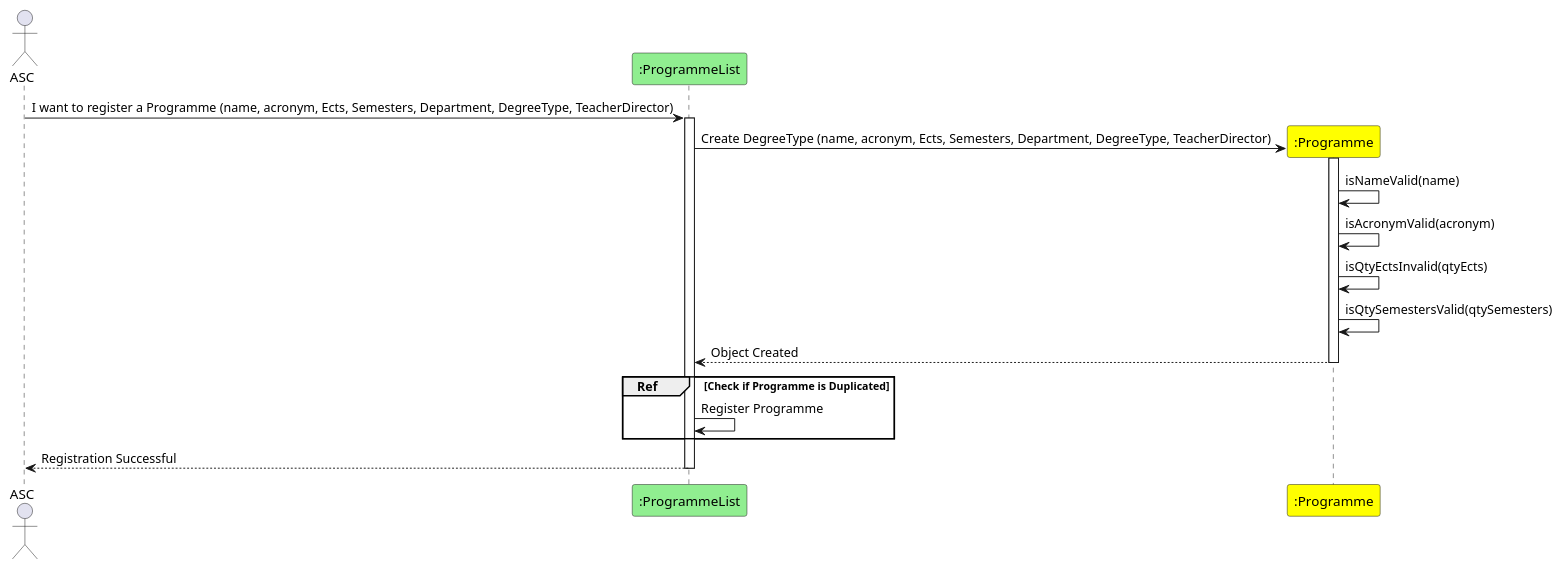
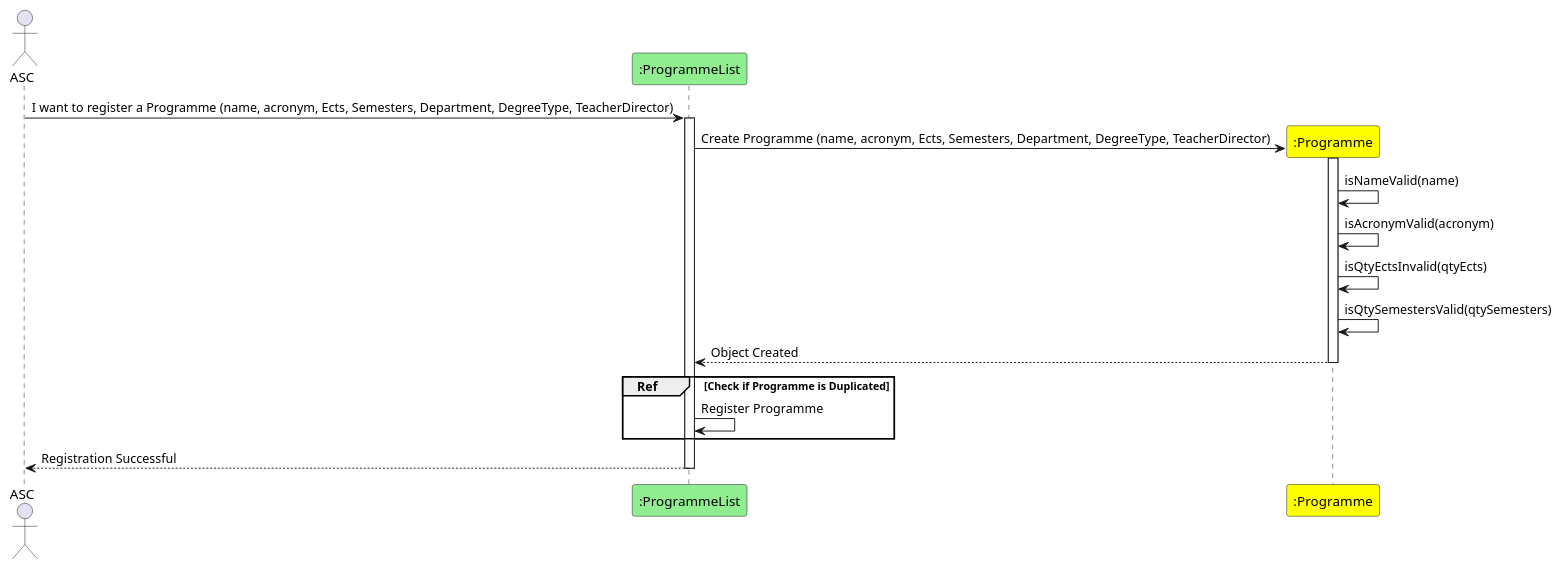
The diagram in docs/sequenceDiagrams/US11/US11_RegisterProgrammeInSystem.puml (GasparISEP/DevOps-PAI), drawn with PlantUML before and after one commit.

Commit message:
Updated US11SD

```diff
--- a/docs/sequenceDiagrams/US11/US11_RegisterProgrammeInSystem.puml
+++ b/docs/sequenceDiagrams/US11/US11_RegisterProgrammeInSystem.puml
@@ -1,22 +1,22 @@
 @startuml
 actor ASC
 participant ":ProgrammeList" as PL #lightgreen
 
 ASC -> PL : I want to register a Programme (name, acronym, Ects, Semesters, Department, DegreeType, TeacherDirector)
 activate PL
 create ":Programme" as PG #yellow
-PL -> PG : Create DegreeType (name, acronym, Ects, Semesters, Department, DegreeType, TeacherDirector)
+PL -> PG : Create Programme (name, acronym, Ects, Semesters, Department, DegreeType, TeacherDirector)
 activate PG
 PG -> PG : isNameValid(name)
 PG -> PG : isAcronymValid(acronym)
 PG -> PG : isQtyEctsInvalid(qtyEcts)
 PG -> PG : isQtySemestersValid(qtySemesters)
 PG --> PL : Object Created
 deactivate PG
 group Ref [Check if Programme is Duplicated]
 PL -> PL : Register Programme
 end
 deactivate PG
 PL --> ASC : Registration Successful
 deactivate PL
 @enduml
```
